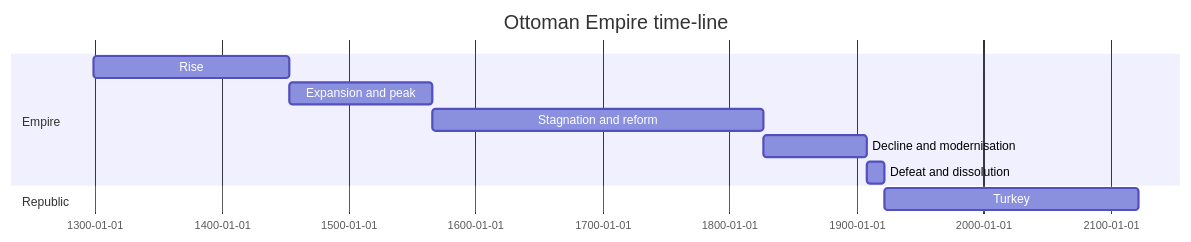
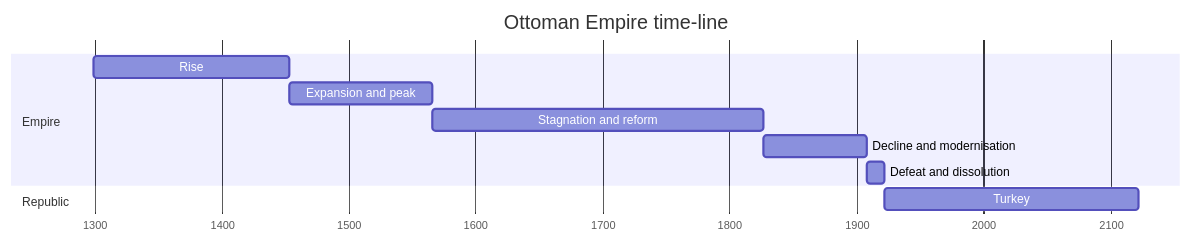
The diagram in 2europe/1turkey/0/tempus.md (EvgenyVenalainen/jd-folders-tool), drawn with Mermaid before and after one commit. The commit also changed 2 other files, not shown here.

Commit message:
Turkey time line improved

````diff
--- a/2europe/1turkey/0/tempus.md
+++ b/2europe/1turkey/0/tempus.md
@@ -3,13 +3,14 @@
 ```mermaid
 gantt
         title Ottoman Empire time-line
         dateFormat  YYYY
+		axisFormat	%Y
         section Empire
         Rise						:a1, 1299, 1453
         Expansion and peak			:a2, after a1, 1566
 		Stagnation and reform		:a3, after a2, 1827
 		Decline and modernisation	:a4, after a3, 1908
 		Defeat and dissolution		:a5, after a4, 1922
         section Republic
         Turkey						:after a5, 200y
 ```
````
